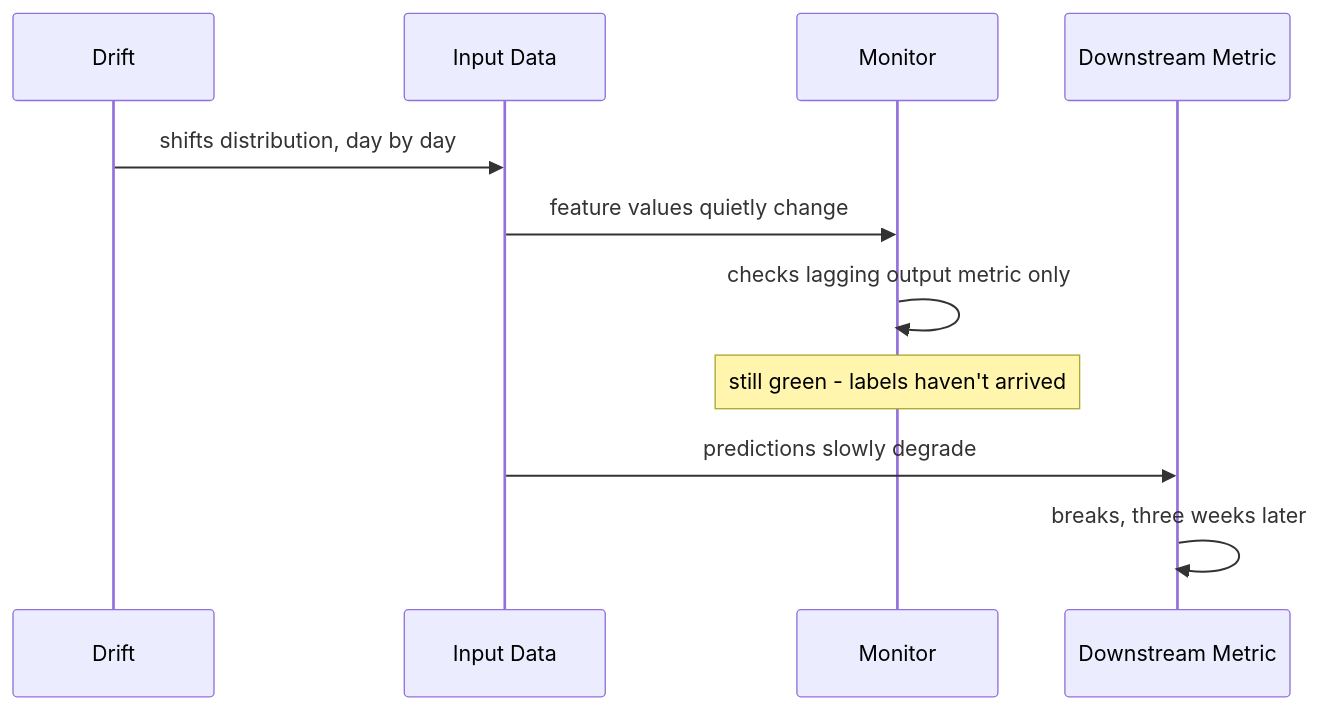
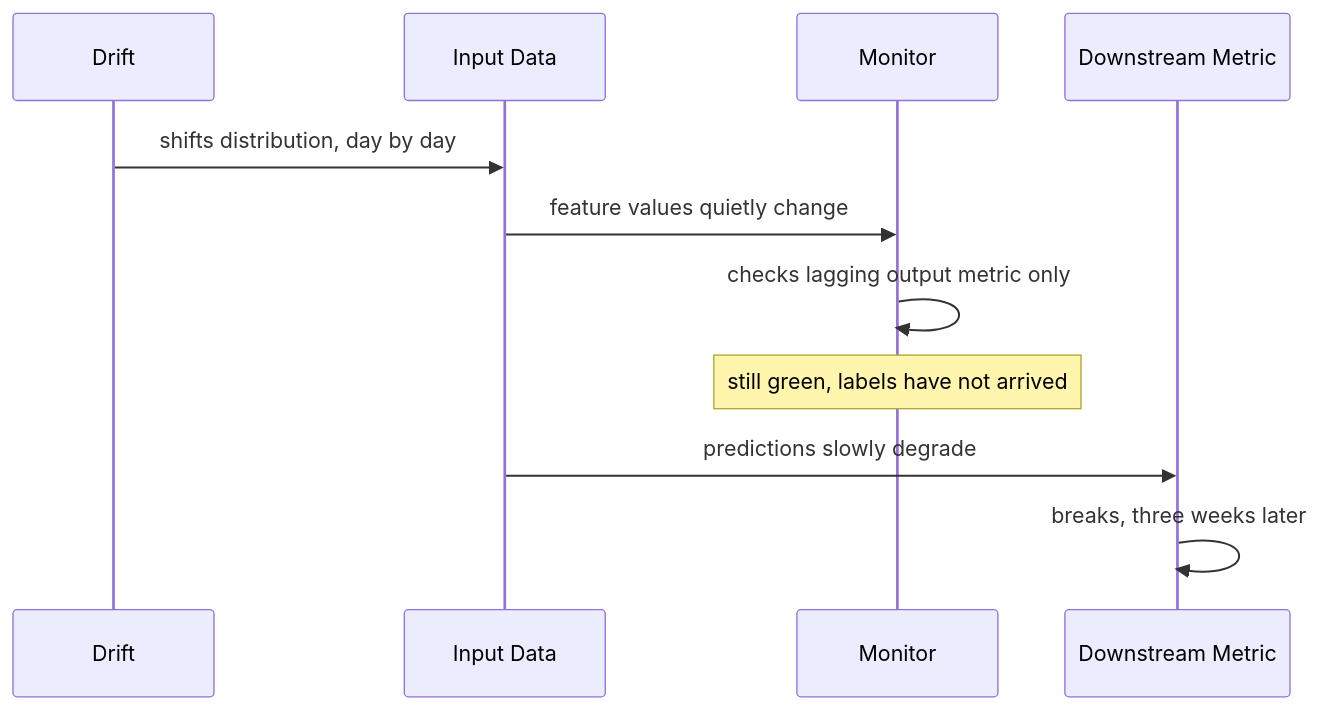
The diagram in src/content/mlops/week-01-drift-walks-the-night-shift.md (SharmilNK/Blog), drawn with Mermaid before and after one commit. The commit also changed other lines of this file and 2 other files, not shown here.

````diff
--- a/src/content/mlops/week-01-drift-walks-the-night-shift.md
+++ b/src/content/mlops/week-01-drift-walks-the-night-shift.md
@@ -45,13 +67,13 @@
 ```mermaid
 sequenceDiagram
     participant D as Drift
     participant I as Input Data
     participant M as Monitor
     participant Out as Downstream Metric
     D->>I: shifts distribution, day by day
     I->>M: feature values quietly change
     M->>M: checks lagging output metric only
-    Note over M: still green - labels haven't arrived
+    Note over M: still green, labels have not arrived
     I->>Out: predictions slowly degrade
     Out->>Out: breaks, three weeks later
 ```
````
